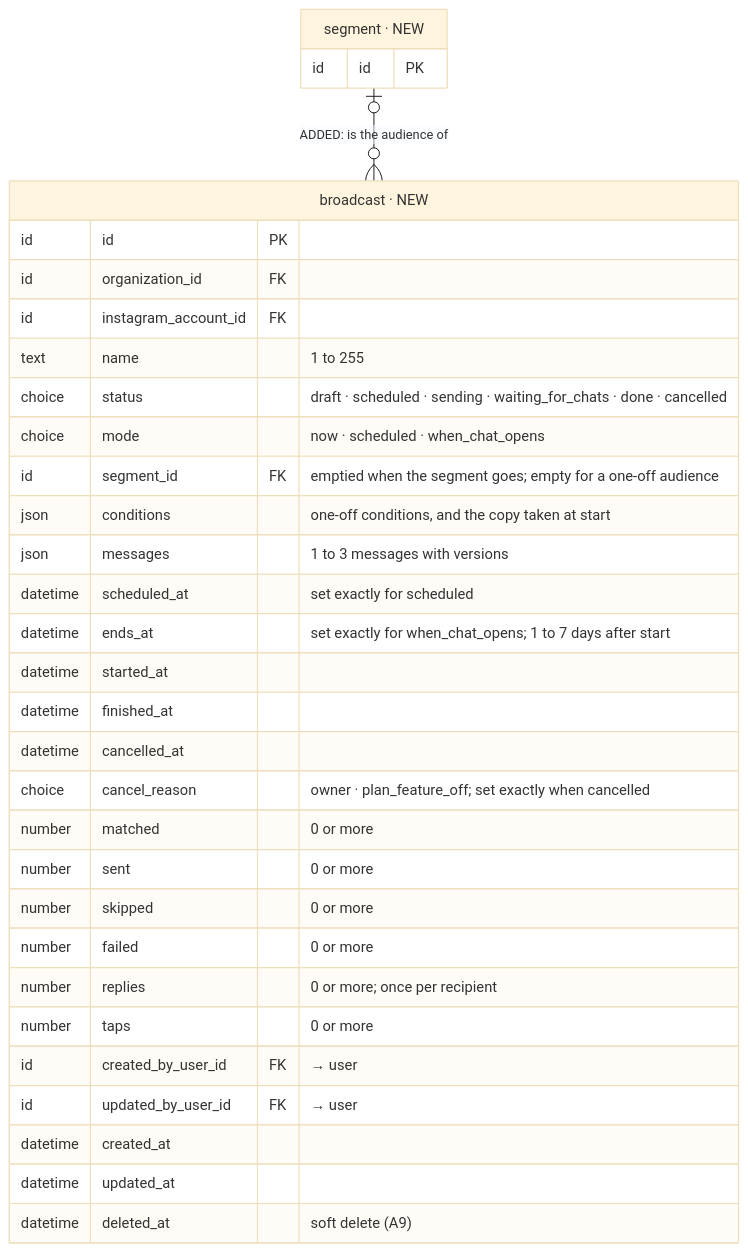
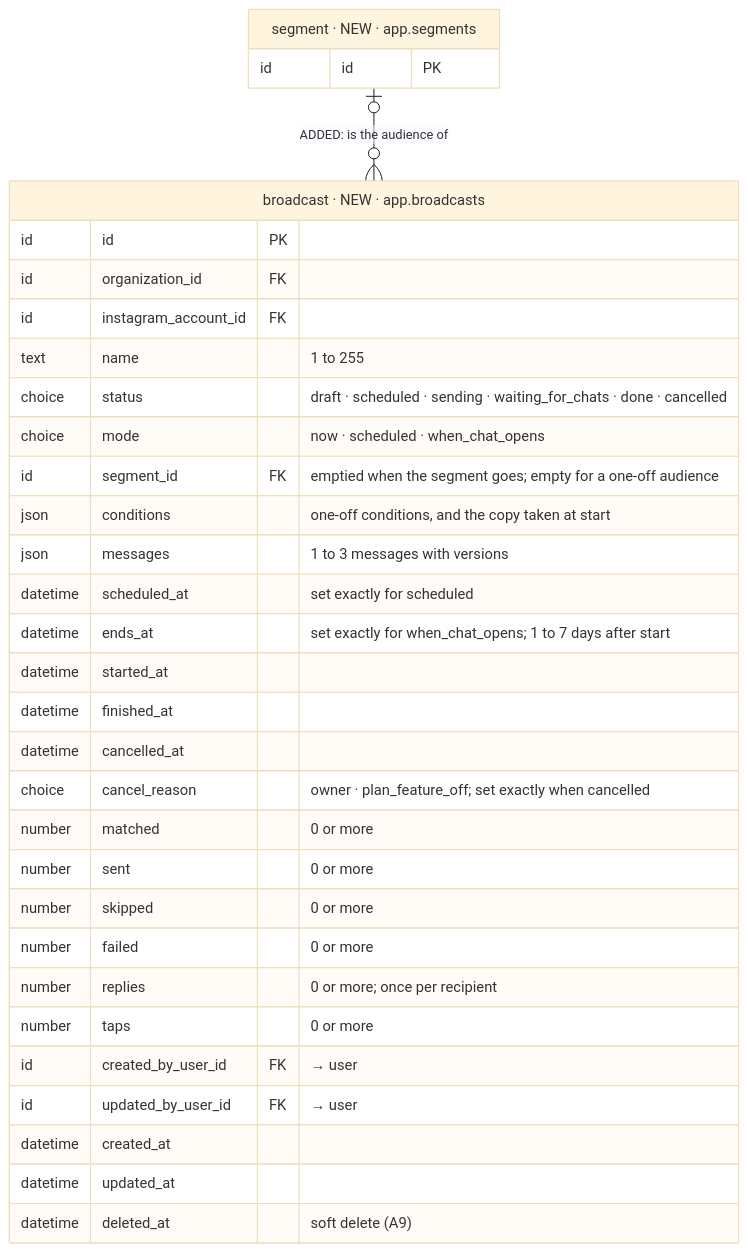
Before and after one commit to albetrios/meepzo-be: diagram 20 of 39 in iterations/feat-instagram-dm-sending-2026-11-23-oxak/plans/db-changes.md, drawn with Mermaid (base theme). The commit also changed other lines of this file and 3 other files, not shown here.

````diff
--- a/iterations/feat-instagram-dm-sending-2026-11-23-oxak/plans/db-changes.md
+++ b/iterations/feat-instagram-dm-sending-2026-11-23-oxak/plans/db-changes.md
@@ -954,35 +924,35 @@
 ```mermaid
 erDiagram
-  broadcast["broadcast · NEW"] {
+  broadcast["broadcast · NEW · app.broadcasts"] {
     id id PK
     id organization_id FK
     id instagram_account_id FK
     text name "1 to 255"
     choice status "draft · scheduled · sending · waiting_for_chats · done · cancelled"
     choice mode "now · scheduled · when_chat_opens"
     id segment_id FK "emptied when the segment goes; empty for a one-off audience"
     json conditions "one-off conditions, and the copy taken at start"
     json messages "1 to 3 messages with versions"
     datetime scheduled_at "set exactly for scheduled"
     datetime ends_at "set exactly for when_chat_opens; 1 to 7 days after start"
     datetime started_at
     datetime finished_at
     datetime cancelled_at
     choice cancel_reason "owner · plan_feature_off; set exactly when cancelled"
     number matched "0 or more"
     number sent "0 or more"
     number skipped "0 or more"
     number failed "0 or more"
     number replies "0 or more; once per recipient"
     number taps "0 or more"
     id created_by_user_id FK "→ user"
     id updated_by_user_id FK "→ user"
     datetime created_at
     datetime updated_at
     datetime deleted_at "soft delete (A9)"
   }
-  segment["segment · NEW"] {
+  segment["segment · NEW · app.segments"] {
     id id PK
   }
   segment |o--o{ broadcast : "ADDED: is the audience of"
 ```
````
